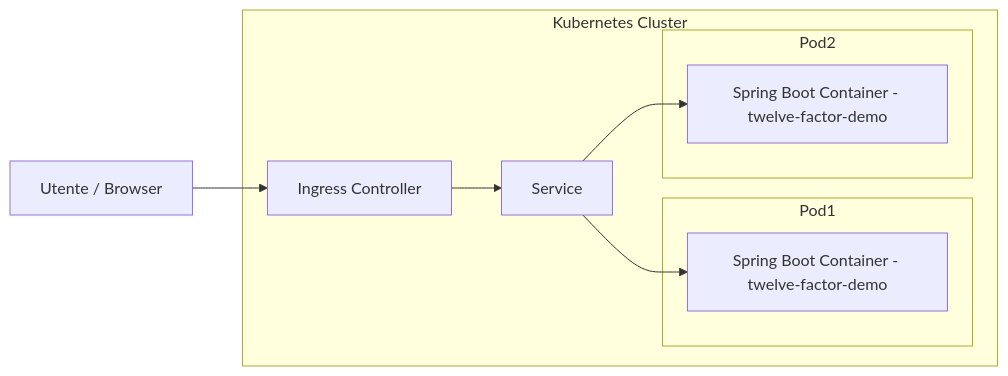
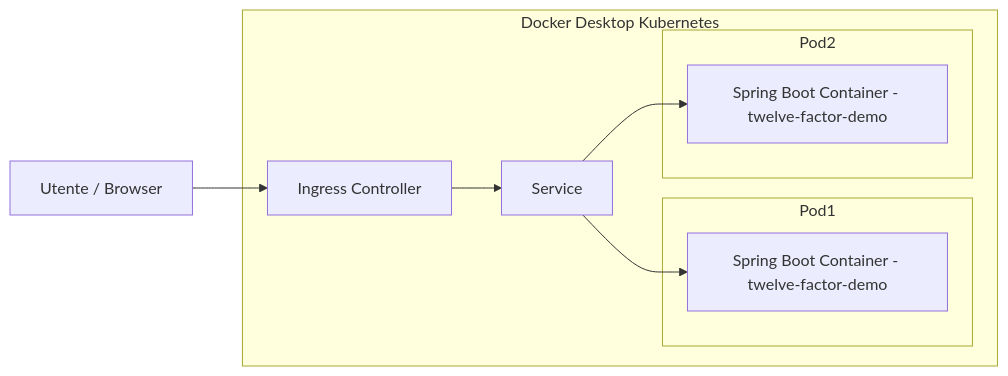
Before and after one commit to alfdagos/12-factor-app: the diagram in k8s/README.md, drawn with Mermaid. The commit also changed other lines of this file, not shown here.

Commit message:
Contestualizzato per Docker Desktop

````diff
--- a/k8s/README.md
+++ b/k8s/README.md
@@ -208,15 +258,15 @@
 ```mermaid
 flowchart LR
-  subgraph "Kubernetes Cluster"
+  subgraph "Docker Desktop Kubernetes"
     subgraph Pod1
       A[Spring Boot Container - twelve-factor-demo]
     end
     subgraph Pod2
       B[Spring Boot Container - twelve-factor-demo]
     end
     S[Service] --> A
     S --> B
     I[Ingress Controller] --> S
   end
   U[Utente / Browser] --> I
 ```
````
